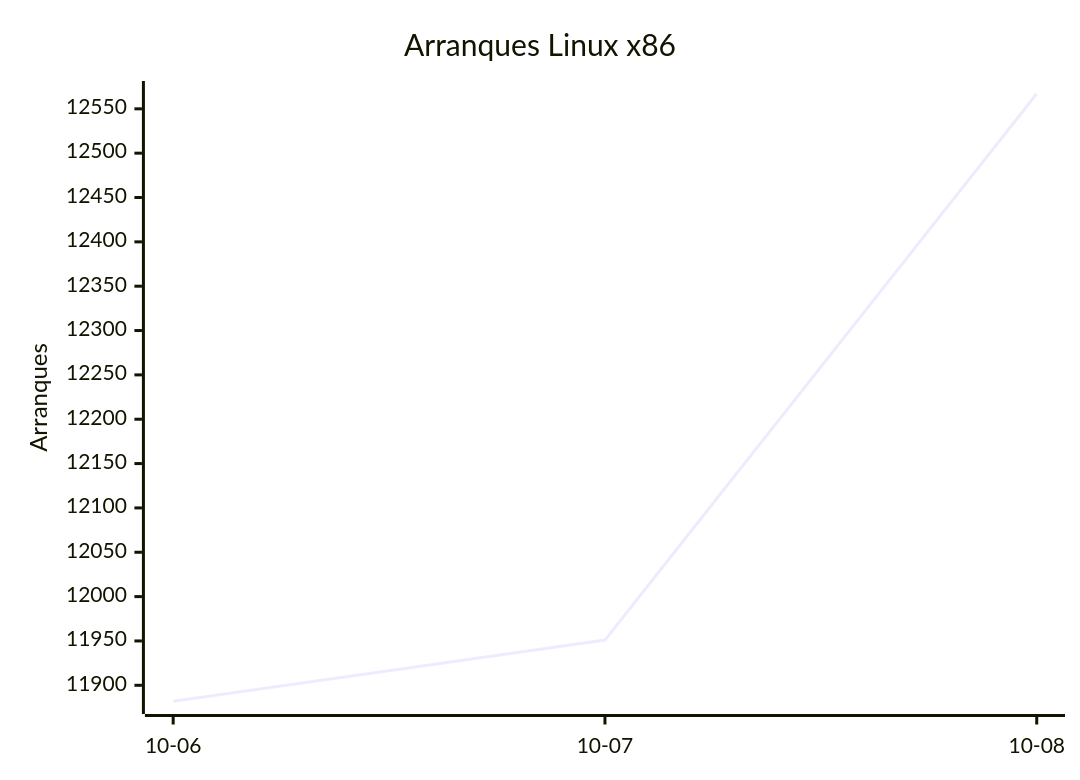
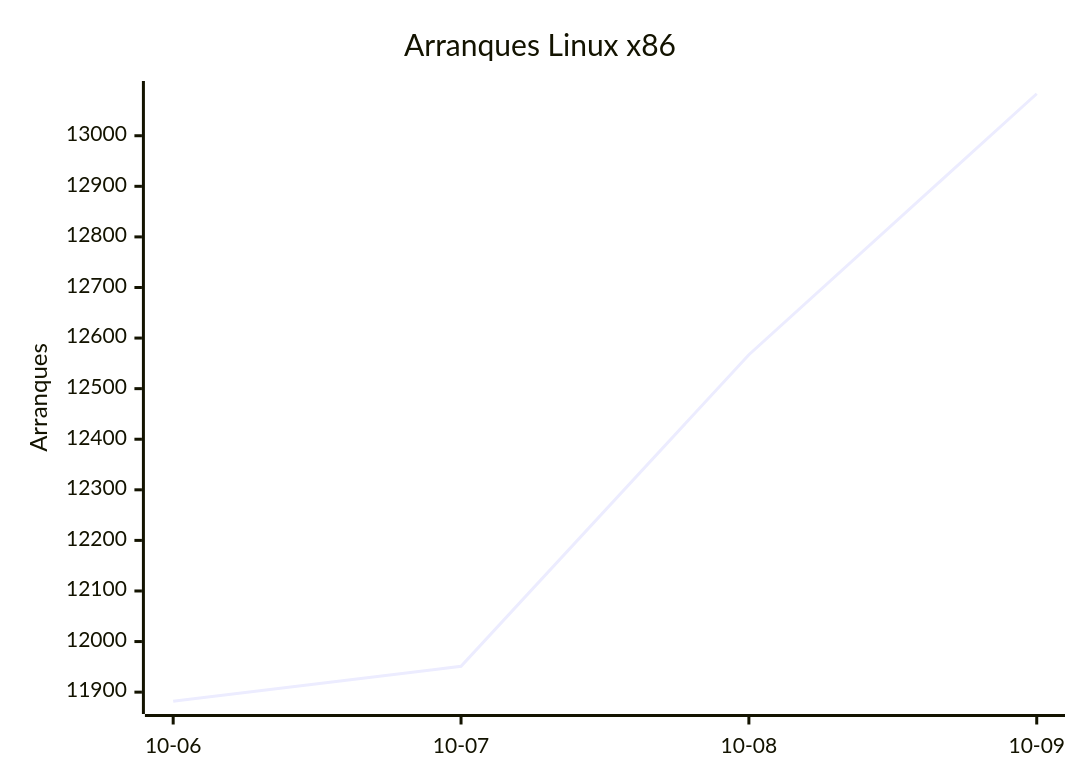
The first of 8 diagrams in README.md (EmuDeck/stats), drawn with Mermaid before and after one commit. The commit also changed other lines of this file and 2 other files, not shown here.

````diff
--- a/README.md
+++ b/README.md
@@ -18,7 +18,7 @@
 ```mermaid
 xychart-beta
     title "Arranques Linux x86"
-    x-axis ["10-06", "10-07", "10-08"]
+    x-axis ["10-06", "10-07", "10-08", "10-09"]
     y-axis "Arranques"
-    line [11882, 11951, 12567]
+    line [11882, 11951, 12567, 13083]
 ```
````
